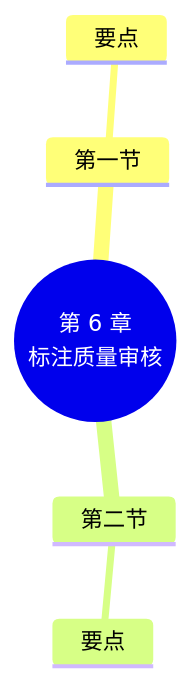
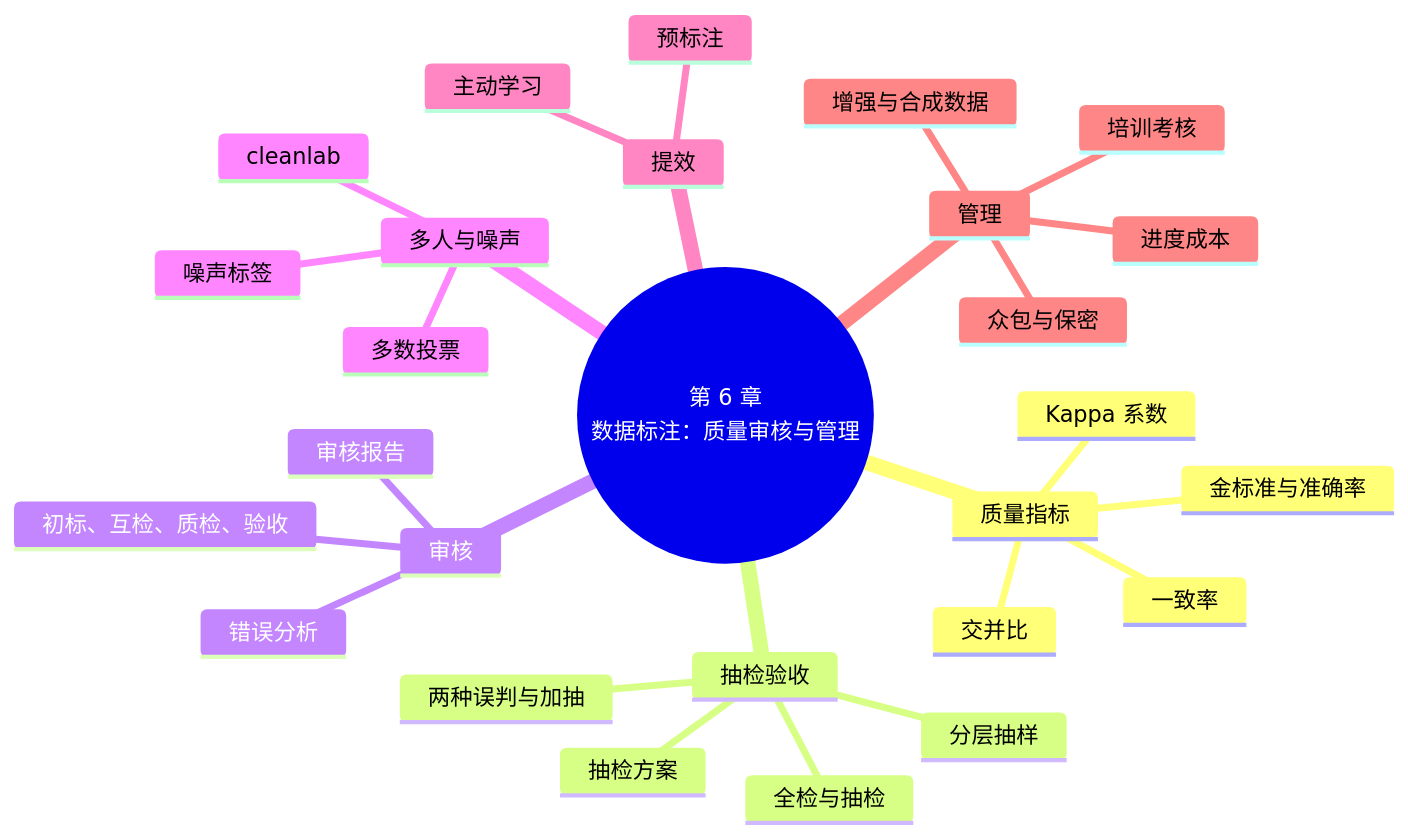
The second of 2 diagrams in docs/chapters/06-annotation-qa/index.md (MingziFu9/ai-data-analysis), drawn with Mermaid before and after one commit. The commit also changed other lines of this file and 38 other files, not shown here.

````diff
--- a/docs/chapters/06-annotation-qa/index.md
+++ b/docs/chapters/06-annotation-qa/index.md
@@ -188,8 +584,30 @@
 ```mermaid
 mindmap
-  root((第 6 章<br/>标注质量审核))
-    第一节
-      要点
-    第二节
-      要点
+  root((第 6 章<br/>数据标注：质量审核与管理))
+    质量指标
+      金标准与准确率
+      一致率
+      Kappa 系数
+      交并比
+    抽检验收
+      全检与抽检
+      分层抽样
+      抽检方案
+      两种误判与加抽
+    审核
+      初标、互检、质检、验收
+      错误分析
+      审核报告
+    多人与噪声
+      多数投票
+      噪声标签
+      cleanlab
+    提效
+      预标注
+      主动学习
+    管理
+      培训考核
+      进度成本
+      众包与保密
+      增强与合成数据
 ```
````
